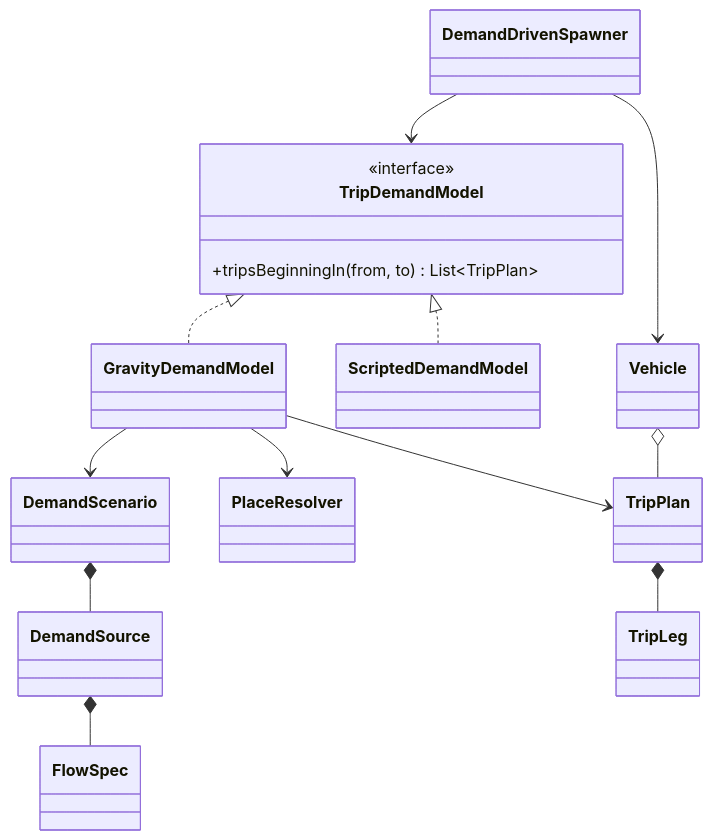
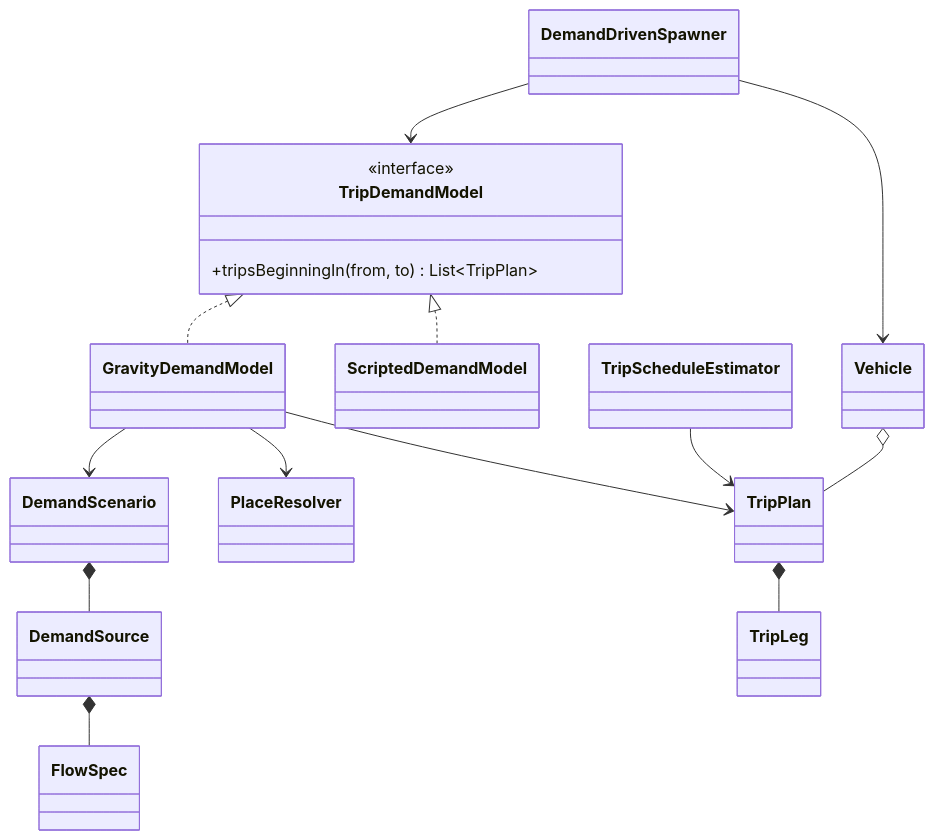
One commit to binhnguyenag07-ops/Traffic-Event-System changed the fourth of 5 diagrams in docs/CLASS_DIAGRAM.md. Above: the diagram before and after it, drawn with Mermaid. The commit also changed other lines of this file and 72 other files, not shown here.

````diff
--- a/docs/CLASS_DIAGRAM.md
+++ b/docs/CLASS_DIAGRAM.md
@@ -209,28 +216,30 @@
 ```mermaid
 classDiagram
     class TripDemandModel {
         <<interface>>
         +tripsBeginningIn(from, to) List~TripPlan~
     }
     class GravityDemandModel
     class ScriptedDemandModel
     class DemandScenario
     class DemandSource
     class FlowSpec
     class PlaceResolver
     class TripPlan
     class TripLeg
     class DemandDrivenSpawner
+    class TripScheduleEstimator
     class Vehicle
     TripDemandModel <|.. GravityDemandModel
     TripDemandModel <|.. ScriptedDemandModel
     GravityDemandModel --> DemandScenario
     DemandScenario *-- DemandSource
     DemandSource *-- FlowSpec
     GravityDemandModel --> PlaceResolver
     GravityDemandModel --> TripPlan
     TripPlan *-- TripLeg
     DemandDrivenSpawner --> TripDemandModel
     DemandDrivenSpawner --> Vehicle
+    TripScheduleEstimator --> TripPlan
     Vehicle o-- TripPlan
 ```
````
